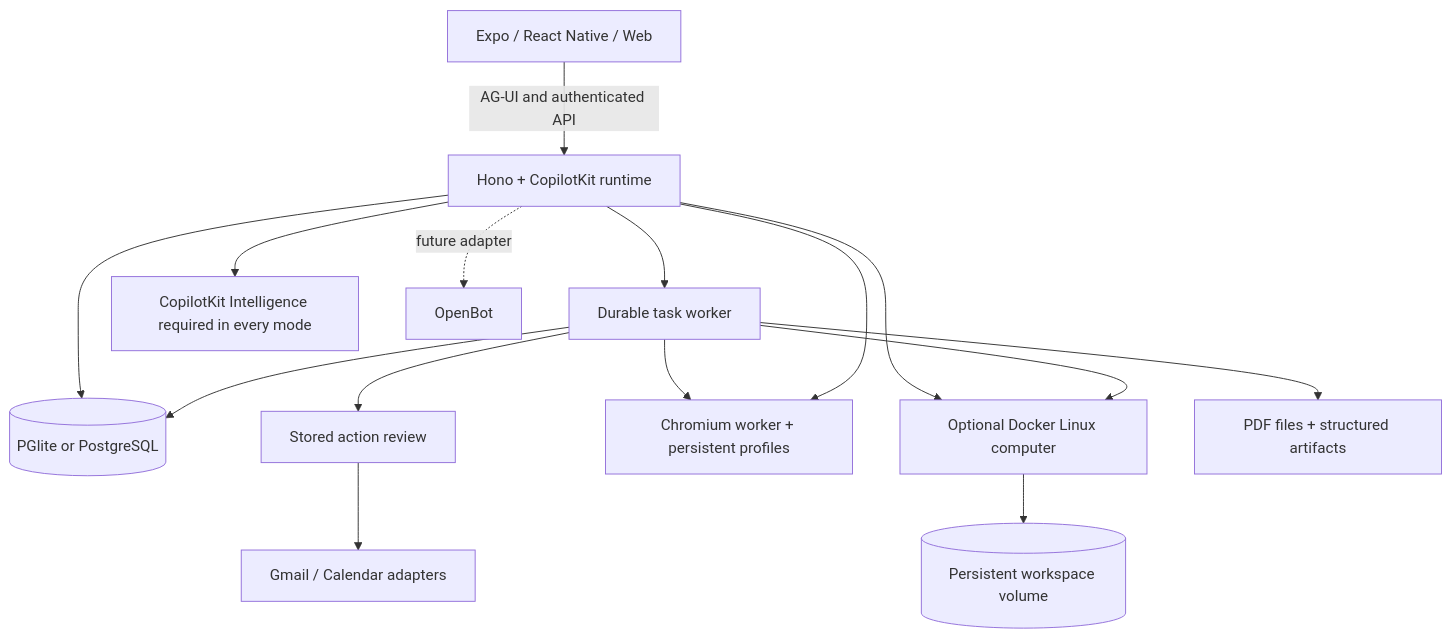
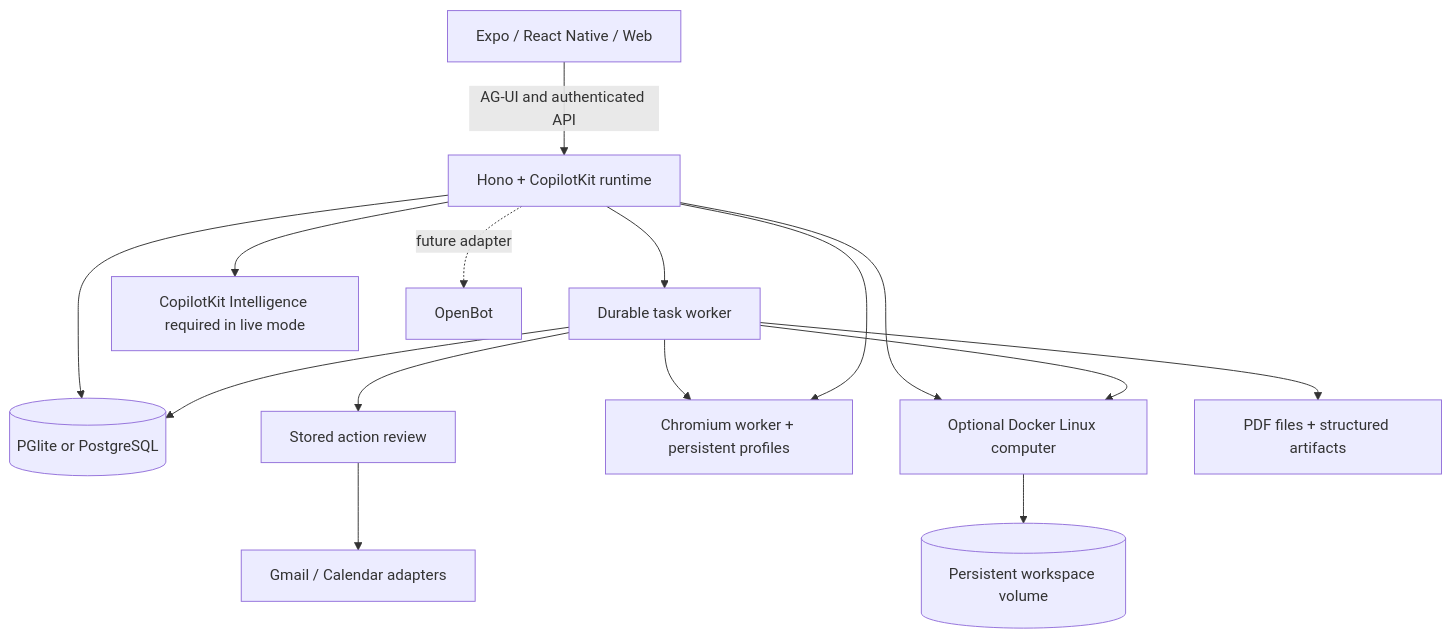
The diagram in README.md (CopilotKit/openmuse), drawn with Mermaid before and after one commit. The commit also changed other lines of this file and 272 other files, not shown here.

````diff
--- a/README.md
+++ b/README.md
@@ -146,17 +167,17 @@
 ```mermaid
 flowchart TD
   Client[Expo / React Native / Web] -->|AG-UI and authenticated API| API[Hono + CopilotKit runtime]
   API --> Tasks[Durable task worker]
-  API --> Threads[CopilotKit Intelligence required in every mode]
+  API --> Threads[CopilotKit Intelligence required in live mode]
   API --> Store[(PGlite or PostgreSQL)]
   Tasks --> Store
   Tasks --> Review[Stored action review]
   Review --> Google[Gmail / Calendar adapters]
   Tasks --> Browser[Chromium worker + persistent profiles]
   API --> Browser
   API --> Computer[Optional Docker Linux computer]
   Tasks --> Computer
   Computer --> Volume[(Persistent workspace volume)]
   Tasks --> Files[PDF files + structured artifacts]
   API -. future adapter .-> OpenBot[OpenBot]
 ```
````
